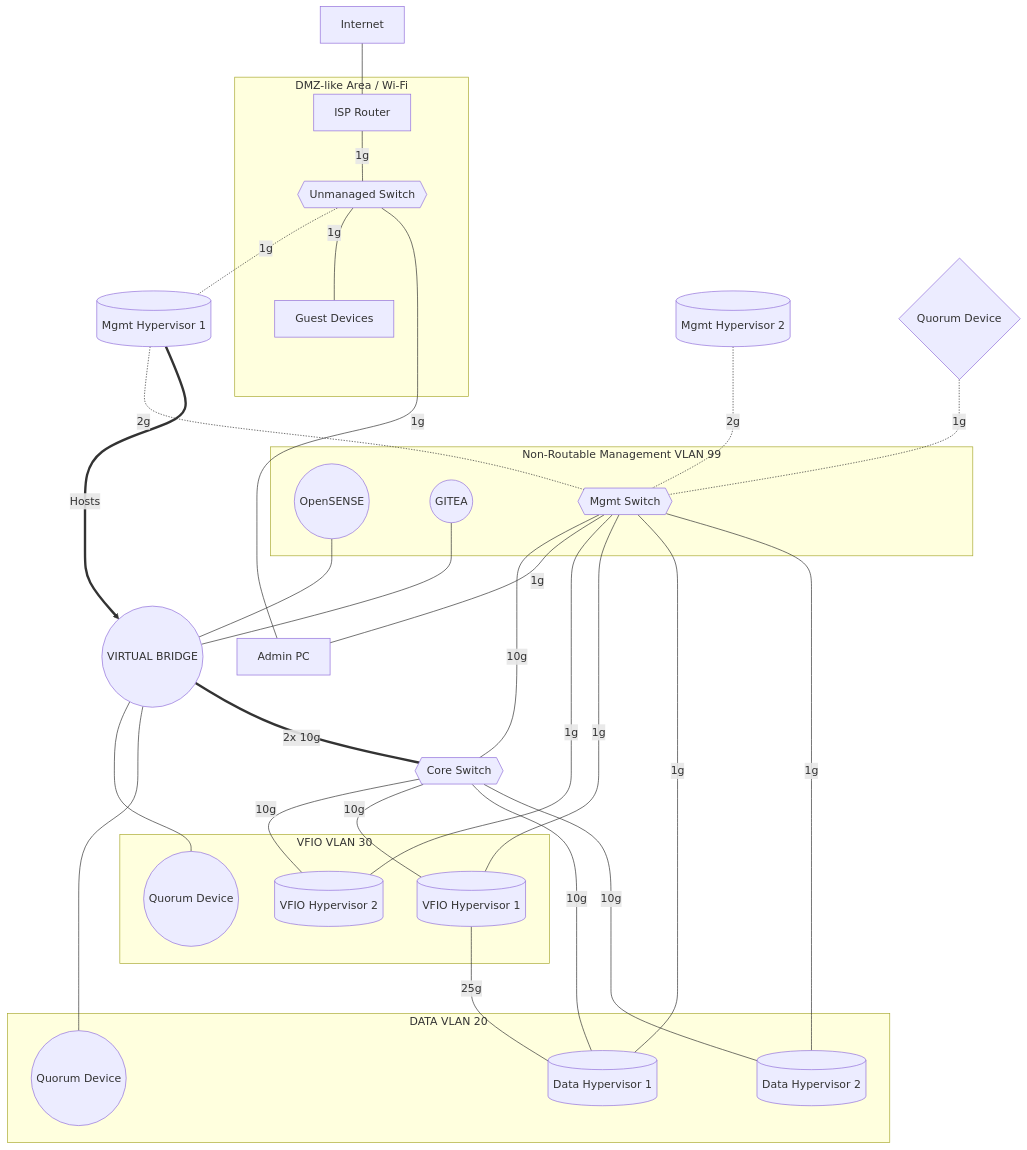
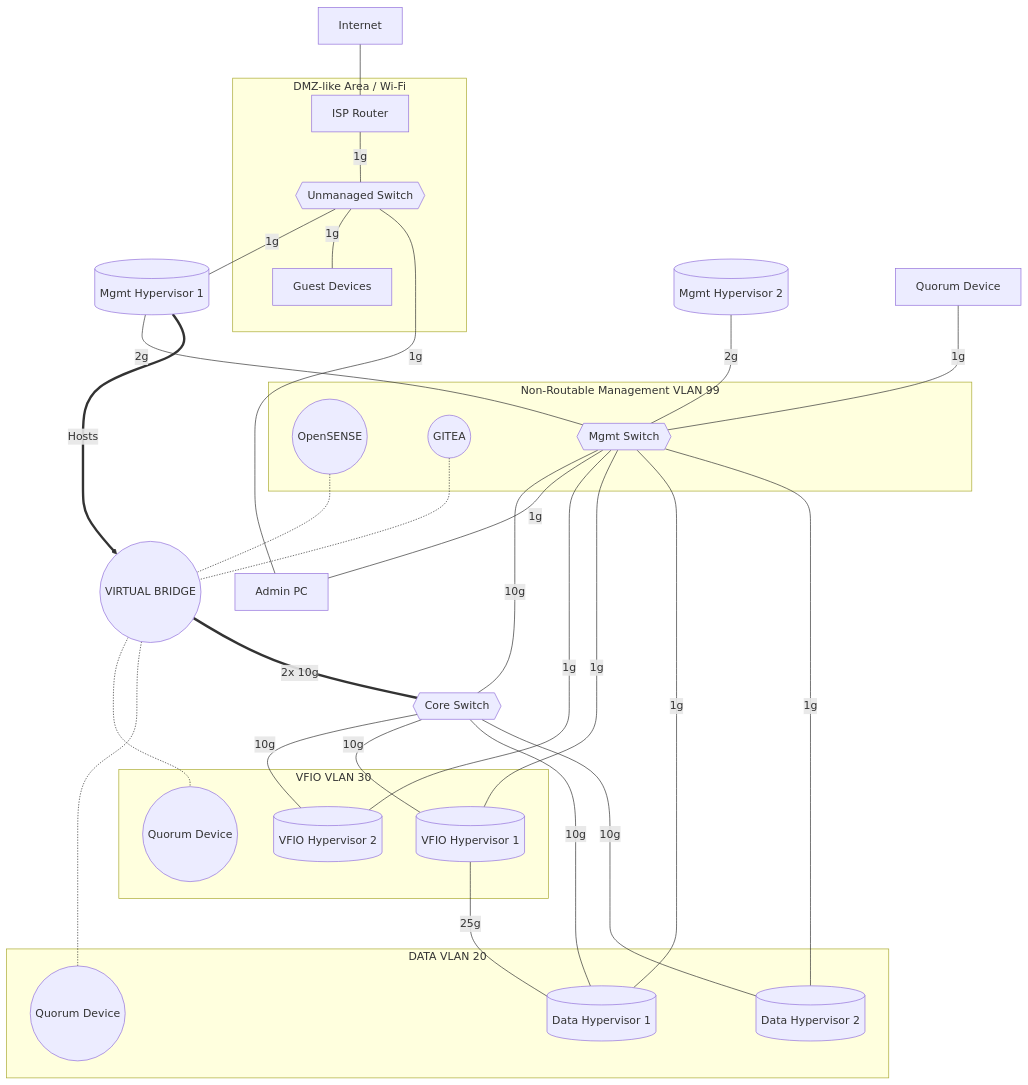
The diagram in arc/net1.md (woeiru/lab), drawn with Mermaid before and after one commit.

Commit message:
arc/net1.md: refine node shapes and link styles

````diff
--- a/arc/net1.md
+++ b/arc/net1.md
@@ -3,48 +3,48 @@
 ```mermaid
 graph TD
     INT[Internet] --- ISPR[ISP Router]
     ISPR ---|1g| US
-    US{{Unmanaged Switch}} -.-|1g| MH1
-    OPN((OpenSENSE)) --- VB((VIRTUAL BRIDGE))
-    GIT((GITEA)) --- VB
-    VB --- QDV((Quorum Device))
-    VB --- QDD((Quorum Device))
+    US{{Unmanaged Switch}} ---|1g| MH1
+    OPN((OpenSENSE)) -.- VB((VIRTUAL BRIDGE))
+    GIT((GITEA)) -.- VB
+    VB -.- QDV((Quorum Device))
+    VB -.- QDD((Quorum Device))
     VB ===|2x 10g| CS{{Core Switch}}
-    MH1[(Mgmt Hypervisor 1)] -.-|2g| MS{{Mgmt Switch}}
-    MH2[(Mgmt Hypervisor 2)] -.-|2g| MS
-    QDM{Quorum Device} -.-|1g| MS
+    MH1[(Mgmt Hypervisor 1)] ---|2g| MS{{Mgmt Switch}}
+    MH2[(Mgmt Hypervisor 2)] ---|2g| MS
+    QDM[Quorum Device] ---|1g| MS
     MS ---|10g| CS
     MS ---|1g| APC[Admin PC]
     APC ---|1g| US
     MH1 ==>|Hosts| VB
     CS ---|10g| VH2[(VFIO Hypervisor 2)]
     MS ---|1g| VH2
     US ---|1g| GD[Guest Devices]
     CS ---|10g| VH1[(VFIO Hypervisor 1)]
     MS ---|1g| VH1
     CS ---|10g| DH1[(Data Hypervisor 1)]
     MS ---|1g| DH1
     CS ---|10g| DH2[(Data Hypervisor 2)]
     MS ---|1g| DH2
     VH1 ---|25g| DH1
     subgraph VLAN20 [DATA VLAN 20]
         DH1
         DH2
         QDD
     end
     subgraph VLAN30 [VFIO VLAN 30]
         VH1
         VH2
         QDV
     end
     subgraph VLAN99 [Non-Routable Management VLAN 99]
         MS
         OPN
         GIT
     end
     subgraph DMZ [DMZ-like Area / Wi-Fi]
         ISPR
         GD
         US
     end
 ```
````
